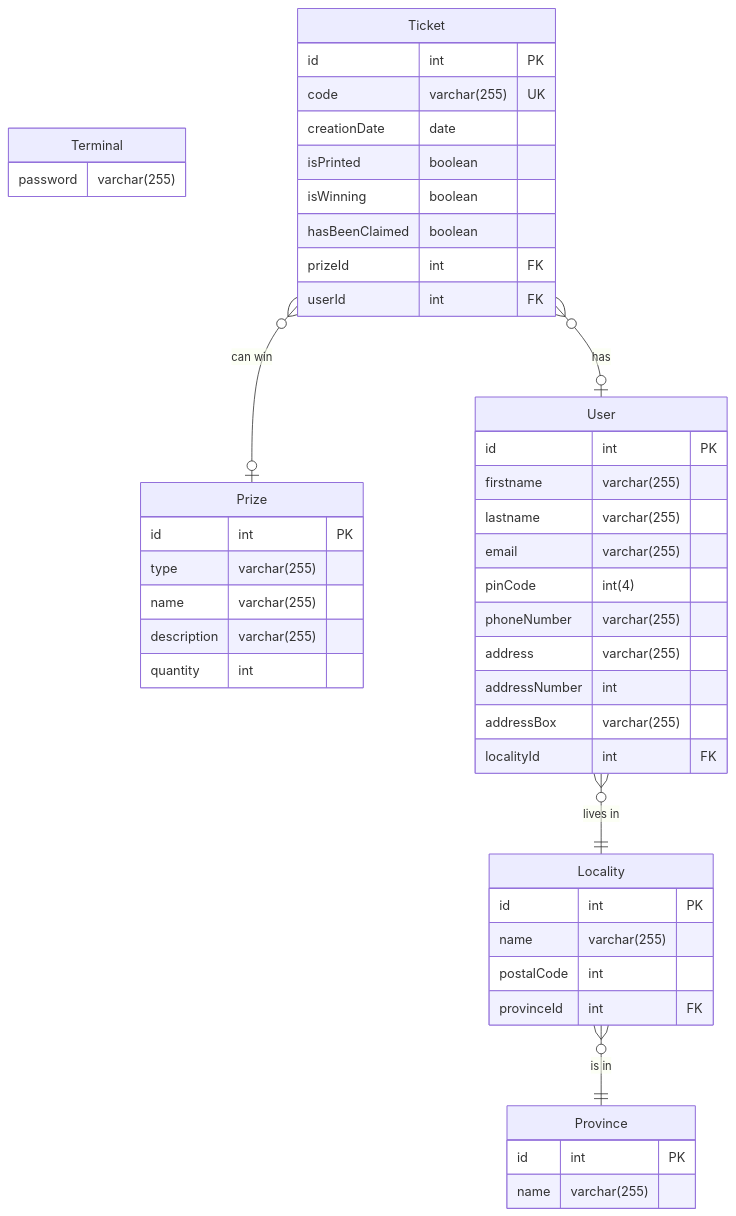
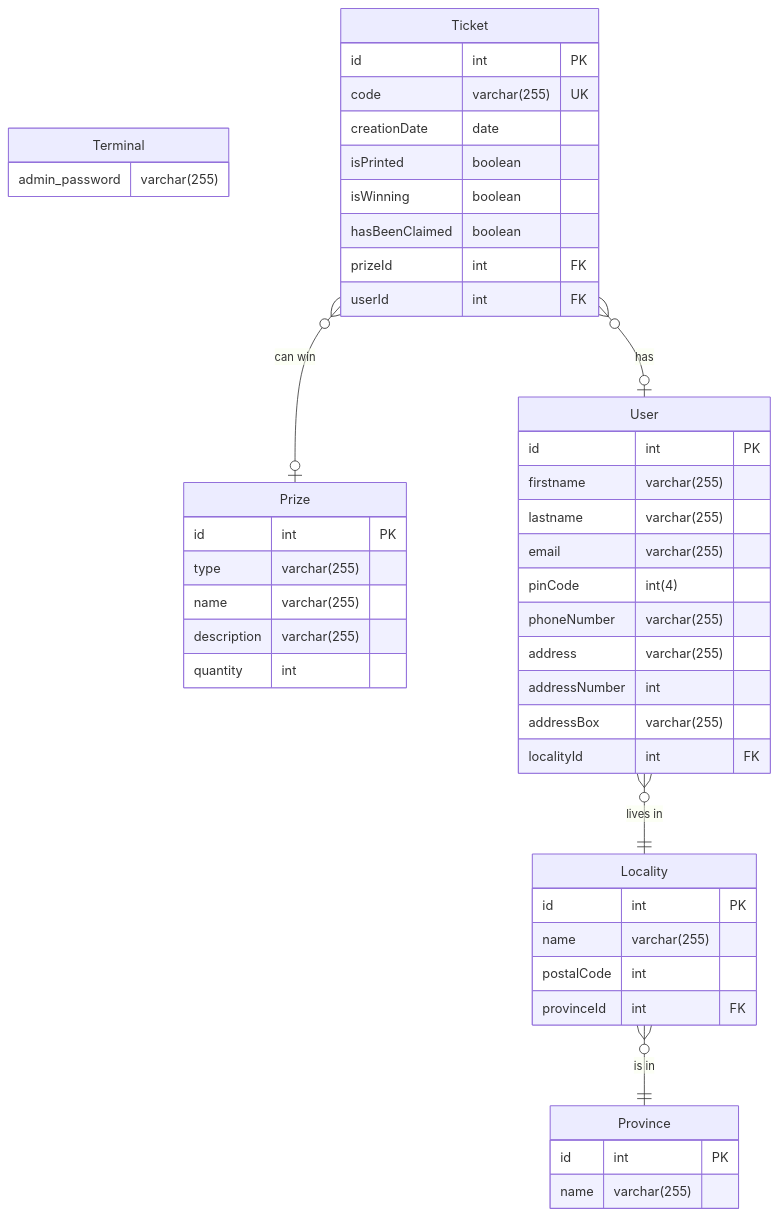
Before and after one commit to HunteRoi/bwatakado: the diagram in docs/mermaid/Entity-Relationship.mermaid, drawn with Mermaid.

Commit message:
docs(mermaid) : align database admin password field with API

```diff
--- a/docs/mermaid/Entity-Relationship.mermaid
+++ b/docs/mermaid/Entity-Relationship.mermaid
@@ -1,54 +1,54 @@
 erDiagram
     %% Terminal is not stored in Database, but in a file
     Terminal {
-        password varchar(255)
+        admin_password varchar(255)
     }
 
     Prize {
         id int PK
         type varchar(255)
         name varchar(255)
         description varchar(255)
         quantity int
     }
 
     Ticket {
         id int PK
         code varchar(255) UK
         creationDate date
         isPrinted boolean
         isWinning boolean
         hasBeenClaimed boolean
         prizeId int FK
         userId int FK
     }
 
     User {
         id int PK
         firstname varchar(255)
         lastname varchar(255)
         email varchar(255)
         pinCode int(4)
         phoneNumber varchar(255)
         address varchar(255)
         addressNumber int
         addressBox varchar(255)
         localityId int FK
     }
 
     Locality {
         id int PK
         name varchar(255)
         postalCode int
         provinceId int FK
     }
 
     Province {
         id int PK
         name varchar(255)
     }
 
     User }o--|| Locality: "lives in"
     Locality }o--|| Province: "is in"
     Ticket }o--o| User: "has"
     Ticket }o--o| Prize: "can win"
```
